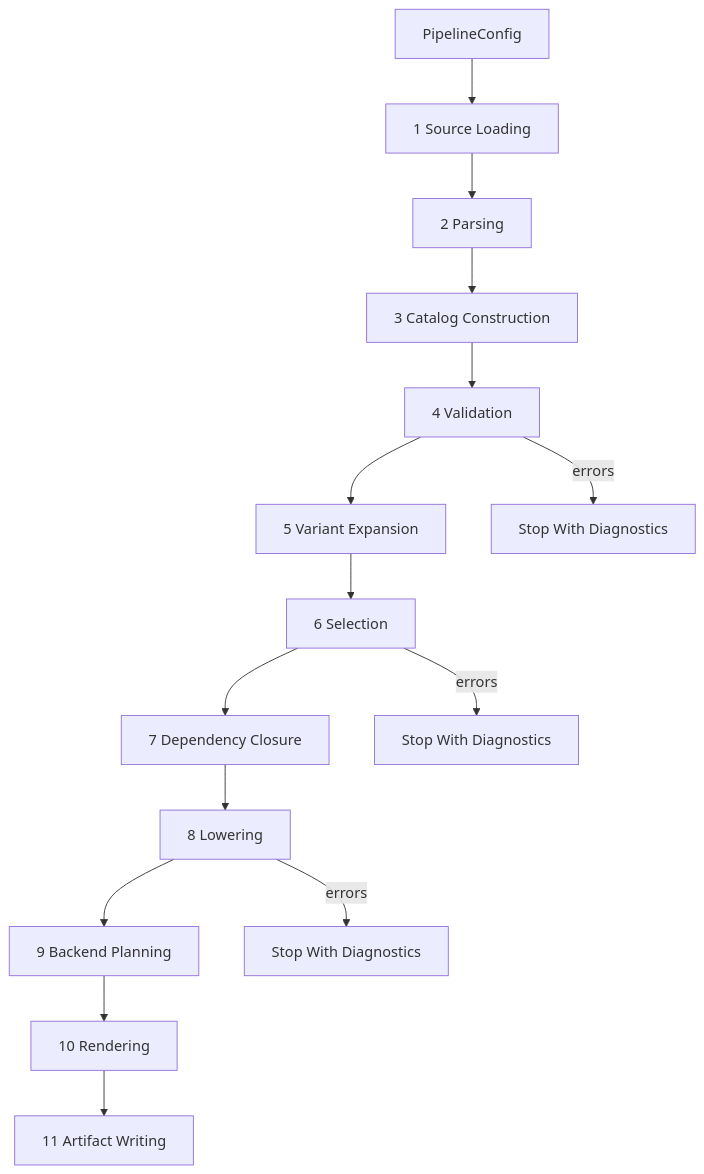
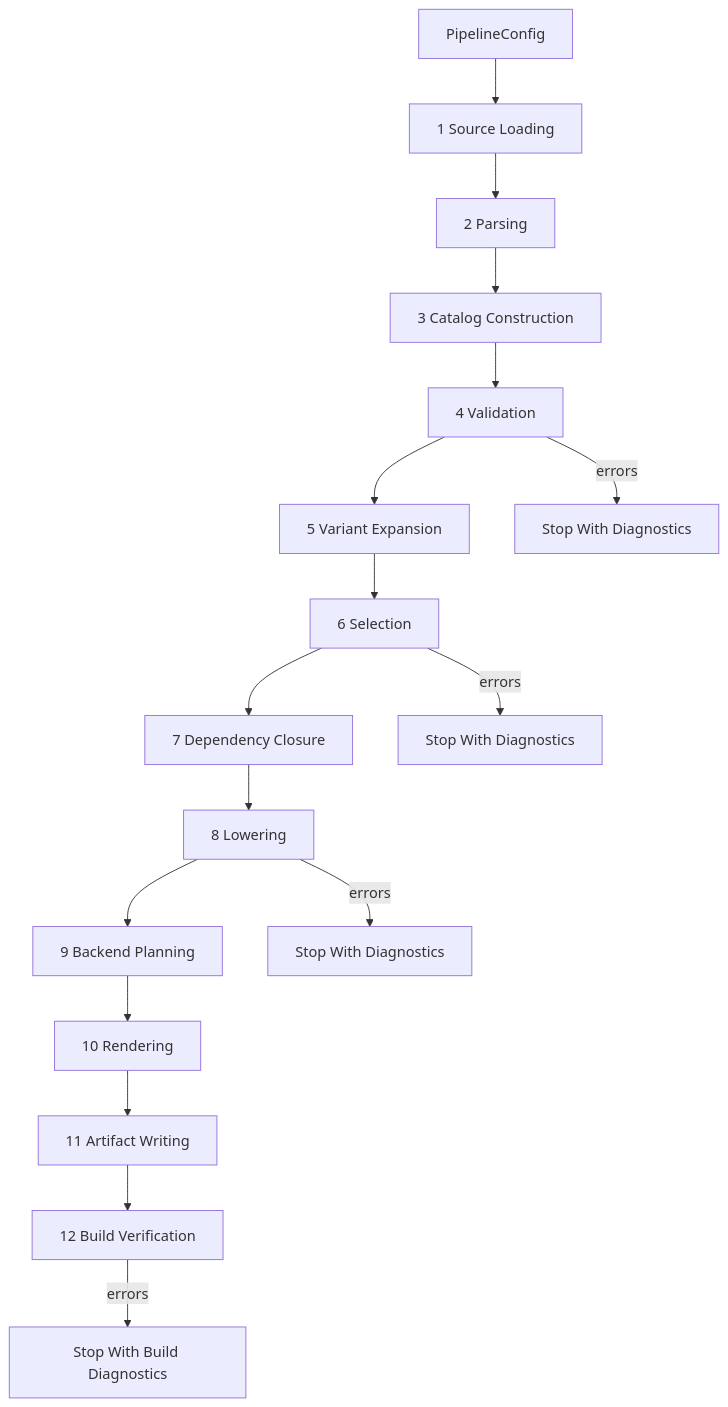
The diagram in docs/redesign/pipeline-design.md (JPietrzykTUD/tslgen-v2), drawn with Mermaid before and after one commit. The commit also changed other lines of this file and 5 other files, not shown here.

````diff
--- a/docs/redesign/pipeline-design.md
+++ b/docs/redesign/pipeline-design.md
@@ -7,18 +7,20 @@
 ```mermaid
 flowchart TD
     Cfg[PipelineConfig] --> Load[1 Source Loading]
     Load --> Parse[2 Parsing]
     Parse --> Catalog[3 Catalog Construction]
     Catalog --> Validate[4 Validation]
     Validate --> Expand[5 Variant Expansion]
     Expand --> Select[6 Selection]
     Select --> Deps[7 Dependency Closure]
     Deps --> Lower[8 Lowering]
     Lower --> Plan[9 Backend Planning]
     Plan --> Render[10 Rendering]
     Render --> Write[11 Artifact Writing]
+    Write --> Verify[12 Build Verification]
 
     Validate -->|errors| Stop1[Stop With Diagnostics]
     Select -->|errors| Stop2[Stop With Diagnostics]
     Lower -->|errors| Stop3[Stop With Diagnostics]
+    Verify -->|errors| Stop4[Stop With Build Diagnostics]
 ```
````
